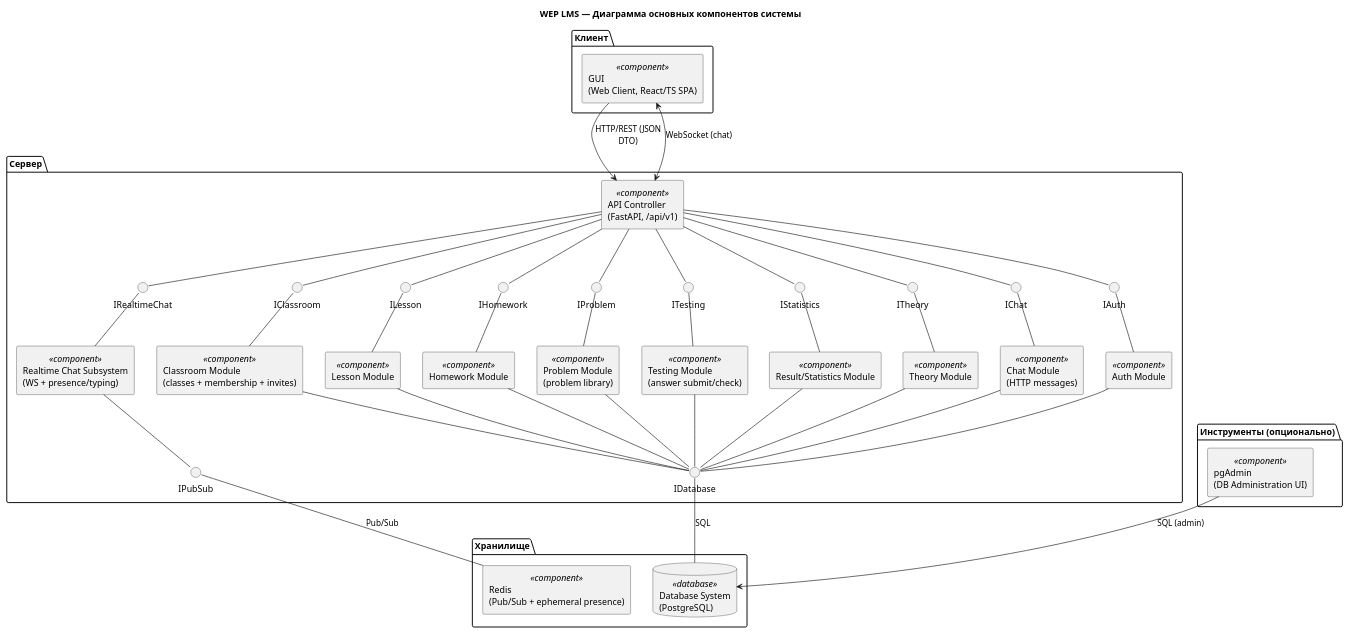
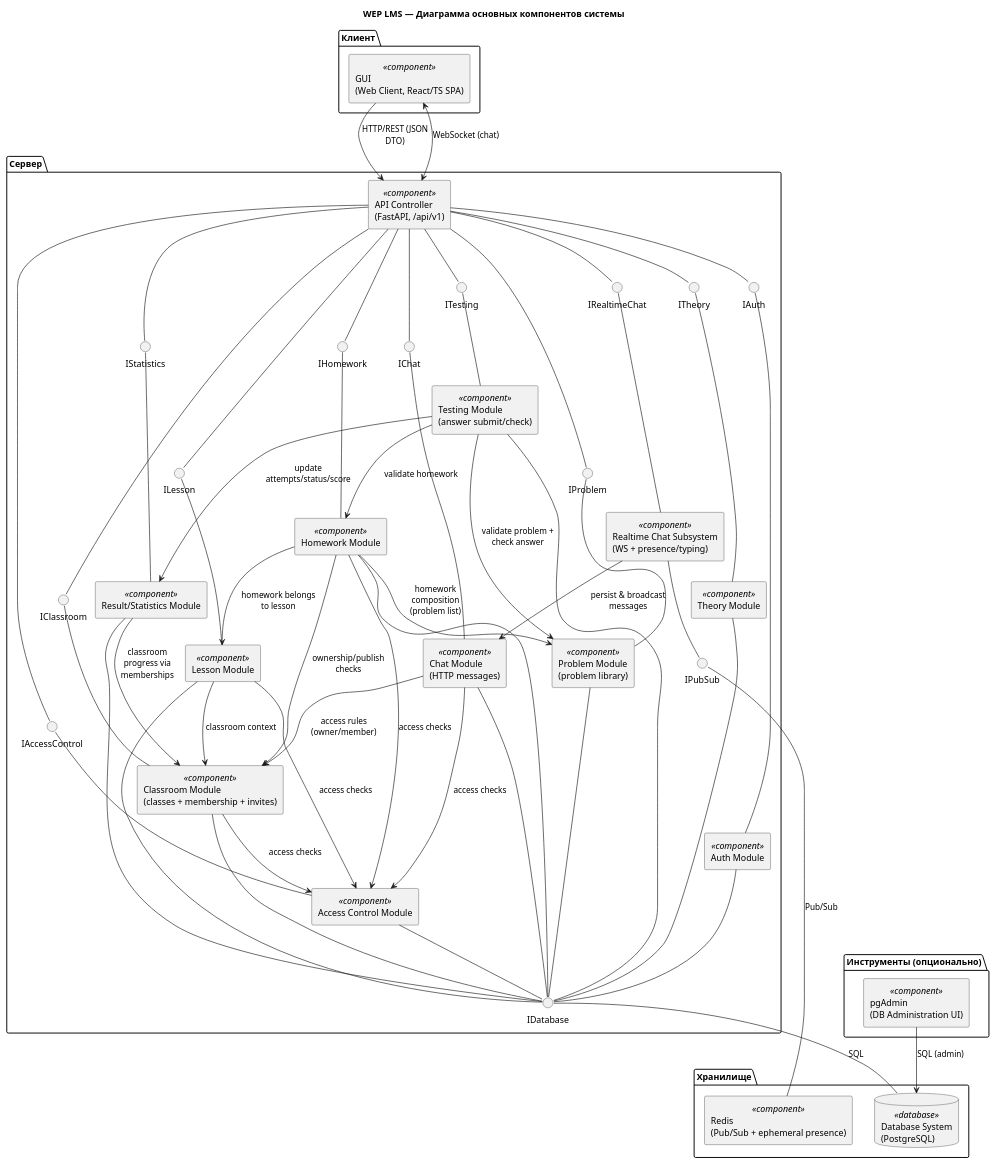
One commit to Kirill555dg/wep-education-platform changed the diagram in docs/diagrams/component-diagram.puml. Above: the diagram before and after it, drawn with PlantUML. The commit also changed 1 other file, not shown here.

Commit message:
docs: show backend module dependencies and access control

```diff
--- a/docs/diagrams/component-diagram.puml
+++ b/docs/diagrams/component-diagram.puml
@@ -1,95 +1,116 @@
 @startuml
 title WEP LMS — Диаграмма основных компонентов системы
 
 skinparam componentStyle rectangle
 skinparam shadowing false
 skinparam wrapWidth 240
 skinparam maxMessageSize 120
 
 package "Клиент" as client {
   component "GUI\n(Web Client, React/TS SPA)" as GUI <<component>>
 }
 
 package "Сервер" as server {
   component "API Controller\n(FastAPI, /api/v1)" as API <<component>>
 
   component "Auth Module" as AUTH <<component>>
+  component "Access Control Module" as ACL <<component>>
   component "Classroom Module\n(classes + membership + invites)" as CLASSROOM <<component>>
   component "Lesson Module" as LESSON <<component>>
   component "Homework Module" as HOMEWORK <<component>>
   component "Problem Module\n(problem library)" as PROBLEM <<component>>
   component "Testing Module\n(answer submit/check)" as TESTING <<component>>
   component "Result/Statistics Module" as STATS <<component>>
   component "Theory Module" as THEORY <<component>>
   component "Chat Module\n(HTTP messages)" as CHAT <<component>>
   component "Realtime Chat Subsystem\n(WS + presence/typing)" as REALTIME <<component>>
 
   () "IAuth" as IAuth
+  () "IAccessControl" as IAccessControl
   () "IClassroom" as IClassroom
   () "ILesson" as ILesson
   () "IHomework" as IHomework
   () "IProblem" as IProblem
   () "ITesting" as ITesting
   () "IStatistics" as IStatistics
   () "ITheory" as ITheory
   () "IChat" as IChat
   () "IRealtimeChat" as IRealtimeChat
   () "IDatabase" as IDatabase
   () "IPubSub" as IPubSub
 }
 
 package "Хранилище" as storage {
   database "Database System\n(PostgreSQL)" as DB <<database>>
   component "Redis\n(Pub/Sub + ephemeral presence)" as REDIS <<component>>
 }
 
 package "Инструменты (опционально)" as tools {
   component "pgAdmin\n(DB Administration UI)" as PGADMIN <<component>>
 }
 
 ' Client ↔ Server (client–server interaction model)
 GUI --> API : HTTP/REST (JSON DTO)
 GUI <--> API : WebSocket (chat)
 
 ' API Controller uses domain modules through provided interfaces
 API -- IAuth
+API -- IAccessControl
 API -- IClassroom
 API -- ILesson
 API -- IHomework
 API -- IProblem
 API -- ITesting
 API -- IStatistics
 API -- ITheory
 API -- IChat
 API -- IRealtimeChat
 
 IAuth -- AUTH
+IAccessControl -- ACL
 IClassroom -- CLASSROOM
 ILesson -- LESSON
 IHomework -- HOMEWORK
 IProblem -- PROBLEM
 ITesting -- TESTING
 IStatistics -- STATS
 ITheory -- THEORY
 IChat -- CHAT
 IRealtimeChat -- REALTIME
 
+' Inter-module dependencies (based on implemented MVP logic)
+LESSON --> CLASSROOM : classroom context
+HOMEWORK --> LESSON : homework belongs to lesson
+HOMEWORK --> CLASSROOM : ownership/publish checks
+HOMEWORK --> PROBLEM : homework composition (problem list)
+TESTING --> HOMEWORK : validate homework
+TESTING --> PROBLEM : validate problem + check answer
+TESTING --> STATS : update attempts/status/score
+STATS --> CLASSROOM : classroom progress via memberships
+CHAT --> CLASSROOM : access rules (owner/member)
+REALTIME --> CHAT : persist & broadcast messages
+CLASSROOM --> ACL : access checks
+LESSON --> ACL : access checks
+HOMEWORK --> ACL : access checks
+CHAT --> ACL : access checks
+
 ' Data persistence and realtime infrastructure
 AUTH -- IDatabase
+ACL -- IDatabase
 CLASSROOM -- IDatabase
 LESSON -- IDatabase
 HOMEWORK -- IDatabase
 PROBLEM -- IDatabase
 TESTING -- IDatabase
 STATS -- IDatabase
 THEORY -- IDatabase
 CHAT -- IDatabase
 
 REALTIME -- IPubSub
 
 IDatabase -- DB : SQL
 IPubSub -- REDIS : Pub/Sub
 
 PGADMIN --> DB : SQL (admin)
 
 @enduml
```
